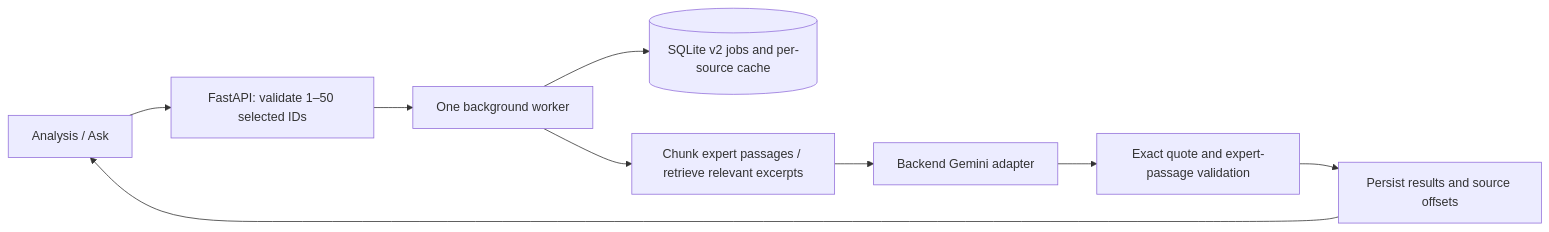
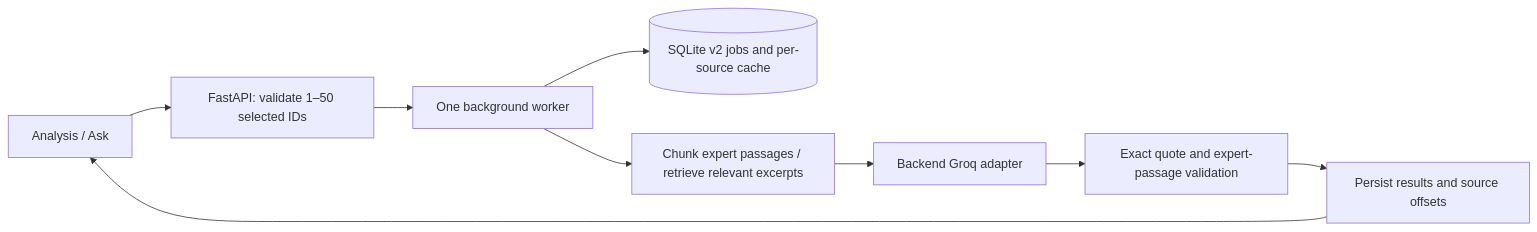
Before and after one commit to Parth7881/clearcall: the third of 3 diagrams in docs/ARCHITECTURE.md, drawn with Mermaid. The commit also changed other lines of this file and 12 other files, not shown here.

````diff
--- a/docs/ARCHITECTURE.md
+++ b/docs/ARCHITECTURE.md
@@ -51,11 +51,11 @@
 ```mermaid
 flowchart LR
   UI[Analysis / Ask] --> API[FastAPI: validate 1–50 selected IDs]
   API --> Job[One background worker]
   Job --> DB[(SQLite v2 jobs and per-source cache)]
   Job --> Extract[Chunk expert passages / retrieve relevant excerpts]
-  Extract --> Gemini[Backend Gemini adapter]
-  Gemini --> Gate[Exact quote and expert-passage validation]
+  Extract --> Groq[Backend Groq adapter]
+  Groq --> Gate[Exact quote and expert-passage validation]
   Gate --> Results[Persist results and source offsets]
   Results --> UI
 ```
````
